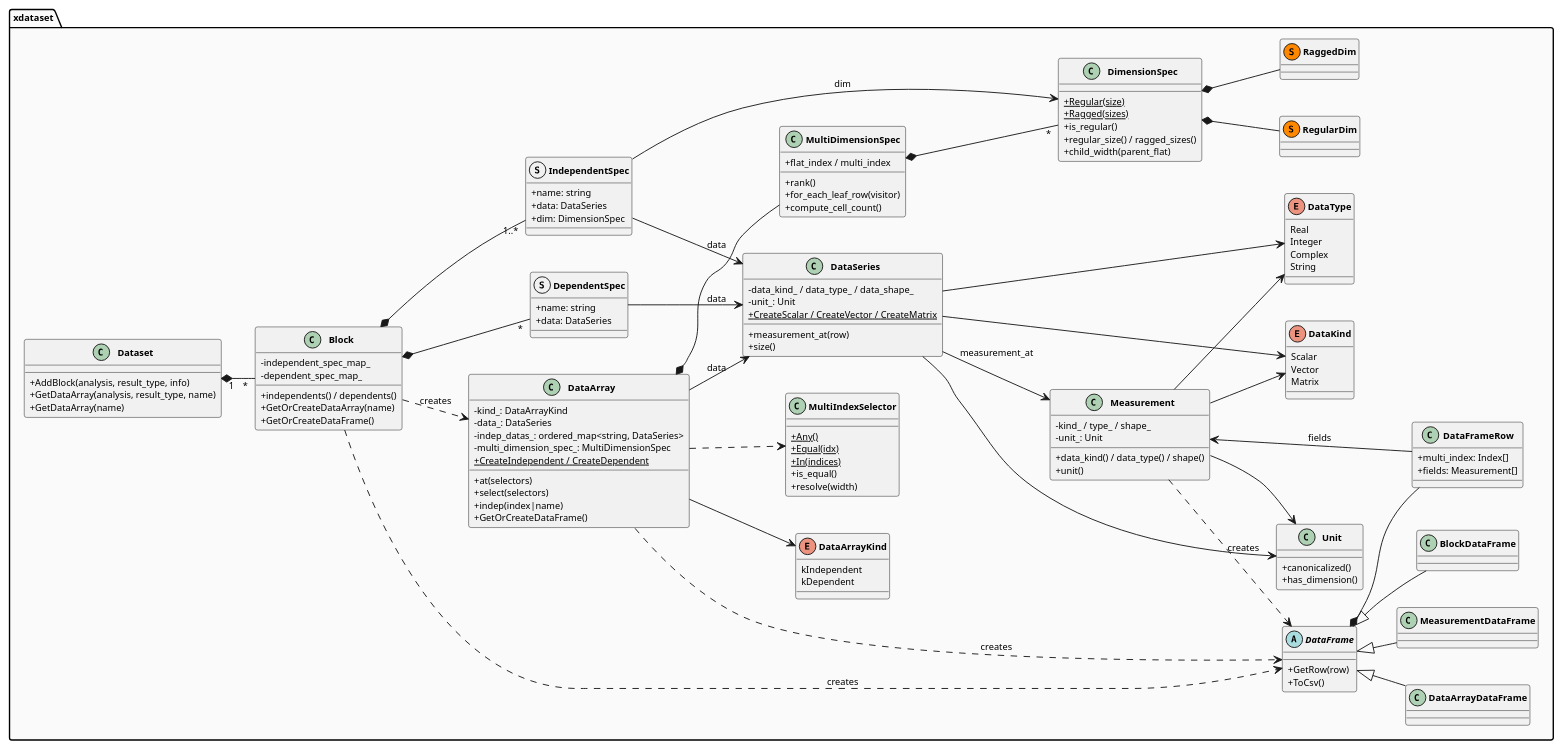
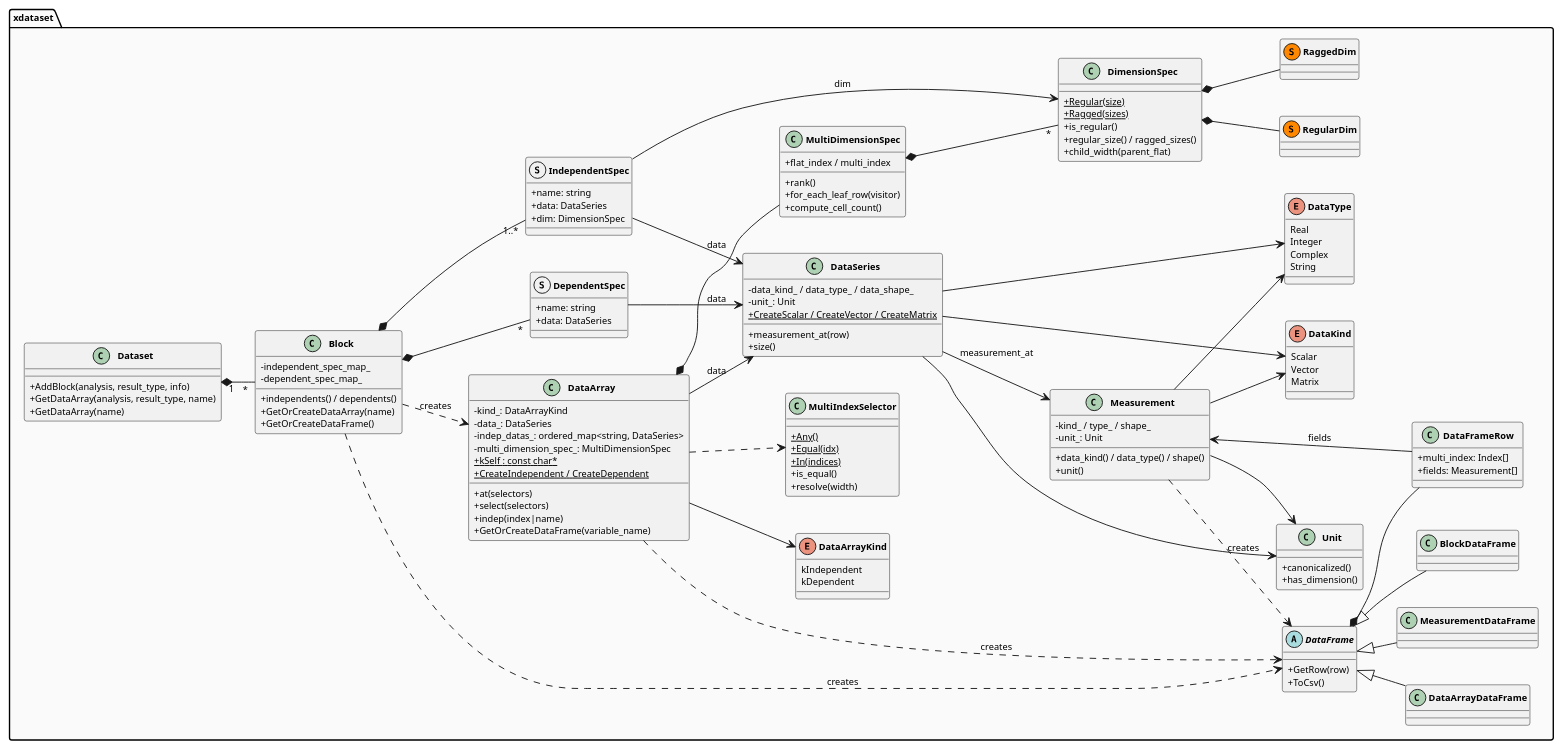
One commit to smile-zyk/xdataset changed the first of 2 diagrams in docs/Architecture.md. Above: the diagram before and after it, drawn with PlantUML. The commit also changed other lines of this file and 4 other files, not shown here.

Commit message:
refactor: simplify CreateDependent signature to ordered_map<string, const DataArray*>; update Architecture.md

```diff
--- a/docs/Architecture.md
+++ b/docs/Architecture.md
@@ -50,11 +50,12 @@
         - data_: DataSeries
         - indep_datas_: ordered_map<string, DataSeries>
         - multi_dimension_spec_: MultiDimensionSpec
+        + {static} kSelf : const char*
         + {static} CreateIndependent / CreateDependent
         + at(selectors)
         + select(selectors)
         + indep(index|name)
-        + GetOrCreateDataFrame()
+        + GetOrCreateDataFrame(variable_name)
     }
 
     enum DataArrayKind {
```
